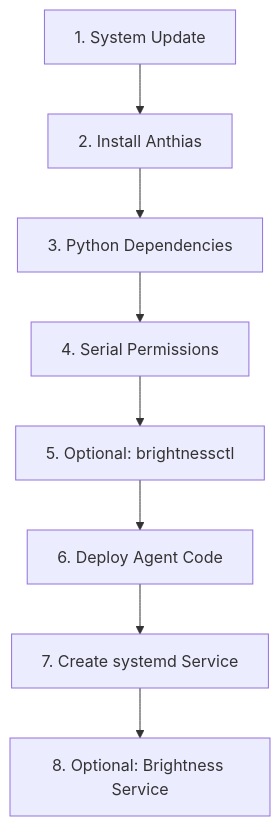
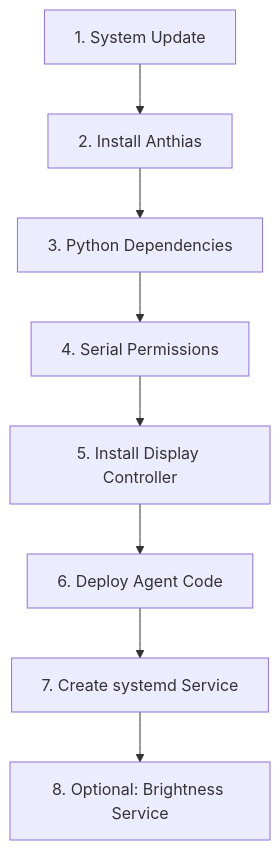
The first of 2 diagrams in pi-scripts/SETUP_SCRIPTS.md (DevaBDM/Smart-Signage-System), drawn with Mermaid before and after one commit. The commit also changed other lines of this file and 3 other files, not shown here.

````diff
--- a/pi-scripts/SETUP_SCRIPTS.md
+++ b/pi-scripts/SETUP_SCRIPTS.md
@@ -77,10 +79,10 @@
 ```mermaid
 flowchart TD
     A[1. System Update] --> B[2. Install Anthias]
     B --> C[3. Python Dependencies]
     C --> D[4. Serial Permissions]
-    D --> E[5. Optional: brightnessctl]
+    D --> E[5. Install Display Controller]
     E --> F[6. Deploy Agent Code]
     F --> G[7. Create systemd Service]
     G --> H[8. Optional: Brightness Service]
 ```
````
